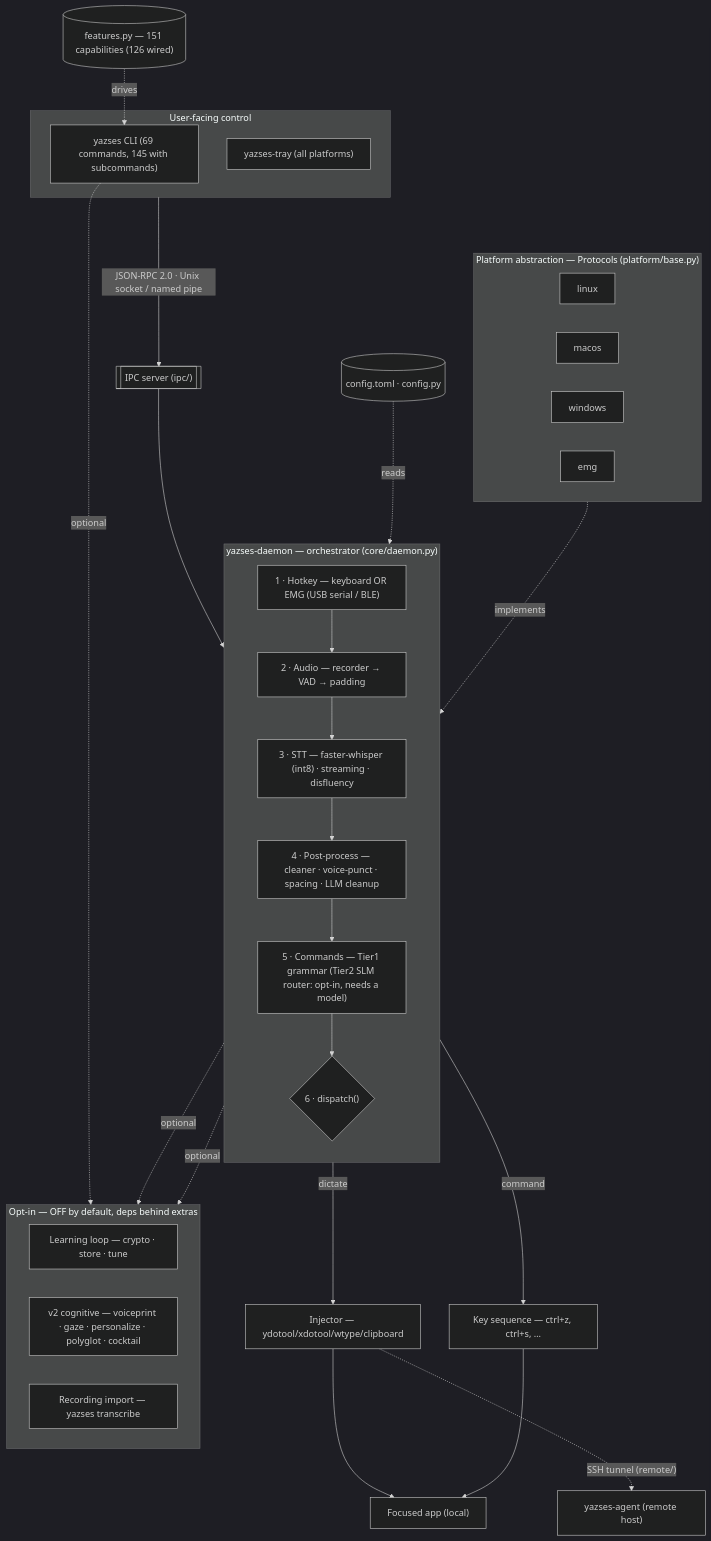
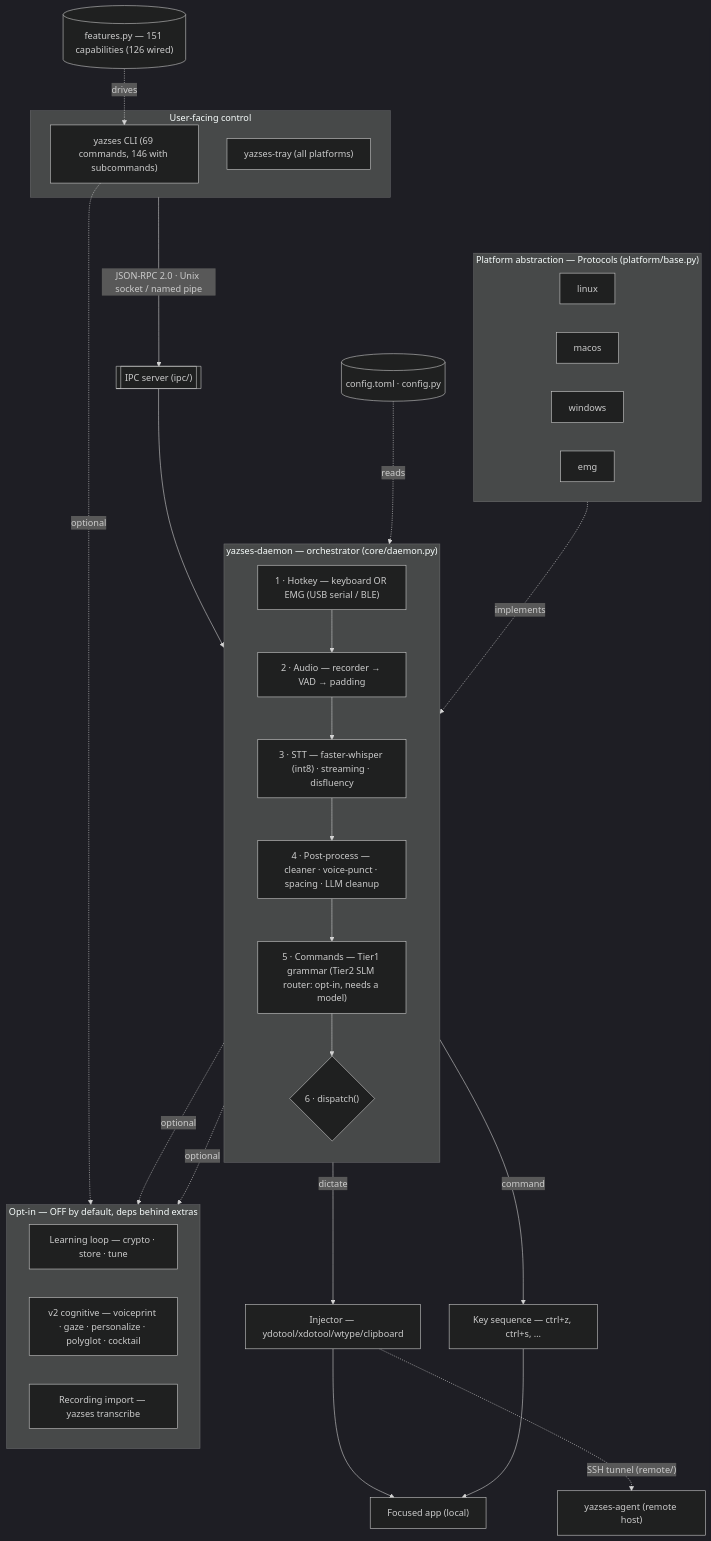
Before and after one commit to MSKazemi/yazses: the diagram in docs/diagrams/index.md, drawn with Mermaid (dark theme). The commit also changed 40 other files, not shown here.

````diff
--- a/docs/diagrams/index.md
+++ b/docs/diagrams/index.md
@@ -22,50 +22,50 @@
 ```mermaid
 flowchart TB
   subgraph UI["User-facing control"]
-    CLI["yazses CLI (69 commands, 145 with subcommands)"]
+    CLI["yazses CLI (69 commands, 146 with subcommands)"]
     TRAY["yazses-tray (all platforms)"]
   end
   UI -->|"JSON-RPC 2.0 · Unix socket / named pipe"| IPC[["IPC server (ipc/)"]]
   IPC --> DAEMON
 
   subgraph DAEMON["yazses-daemon — orchestrator (core/daemon.py)"]
     direction TB
     HK["1 · Hotkey — keyboard OR EMG (USB serial / BLE)"]
     AUD["2 · Audio — recorder → VAD → padding"]
     STT["3 · STT — faster-whisper (int8) · streaming · disfluency"]
     PP["4 · Post-process — cleaner · voice-punct · spacing · LLM cleanup"]
     CMD["5 · Commands — Tier1 grammar (Tier2 SLM router: opt-in, needs a model)"]
     DIS{"6 · dispatch()"}
     HK --> AUD --> STT --> PP --> CMD --> DIS
   end
 
   CFG[("config.toml · config.py")]
   FEAT[("features.py — 151 capabilities (126 wired)")]
   CFG -. reads .-> DAEMON
   FEAT -. drives .-> CLI
 
   DIS -->|dictate| INJ["Injector — ydotool/xdotool/wtype/clipboard"]
   DIS -->|command| KEYS["Key sequence — ctrl+z, ctrl+s, …"]
   INJ --> APP["Focused app (local)"]
   KEYS --> APP
   INJ -. "SSH tunnel (remote/)" .-> AGENT["yazses-agent (remote host)"]
 
   subgraph PLAT["Platform abstraction — Protocols (platform/base.py)"]
     direction LR
     LNX["linux"]
     MAC["macos"]
     WIN["windows"]
     EMG["emg"]
   end
   PLAT -. implements .-> DAEMON
 
   subgraph OPT["Opt-in — OFF by default, deps behind extras"]
     direction LR
     LEARN["Learning loop — crypto · store · tune"]
     V2["v2 cognitive — voiceprint · gaze · personalize · polyglot · cocktail"]
     RECIMP["Recording import — yazses transcribe"]
   end
   DAEMON -. optional .-> LEARN
   DAEMON -. optional .-> V2
   CLI -. optional .-> RECIMP
 ```
````
